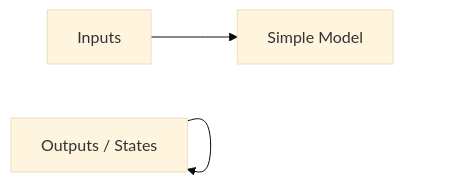
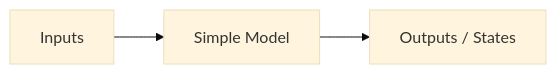
The diagram in Course1-Introduction-to-Self-Driving-Cars/course1-w4-notes.md (afondiel/Self-Driving-Cars-Specialization), drawn with Mermaid (base theme) before and after one commit.

Commit message:
c1-w4 : update notes

````diff
--- a/Course1-Introduction-to-Self-Driving-Cars/course1-w4-notes.md
+++ b/Course1-Introduction-to-Self-Driving-Cars/course1-w4-notes.md
@@ -134,5 +134,5 @@
 ```mermaid
   graph LR
     A[Inputs]-->B[Simple Model]
-    C-->C[Outputs / States]
+    B-->C[Outputs / States]
 ```
````
